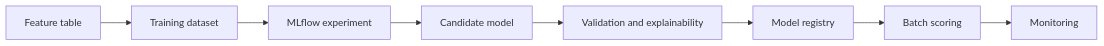
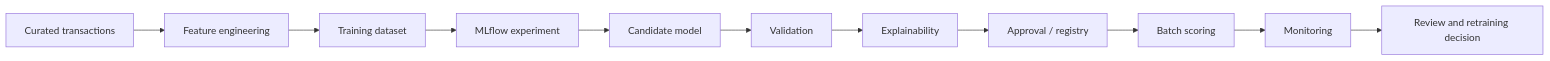
Before and after one commit to tomqwu/aml_learning_for_fintech: the tenth of 11 diagrams in docs/14-tech-stack-reference.md, drawn with Mermaid. The commit also changed other lines of this file and 2 other files, not shown here.

````diff
--- a/docs/14-tech-stack-reference.md
+++ b/docs/14-tech-stack-reference.md
@@ -423,10 +1597,13 @@
 ```mermaid
 flowchart LR
-    A[Feature table] --> B[Training dataset]
-    B --> C[MLflow experiment]
-    C --> D[Candidate model]
-    D --> E[Validation and explainability]
-    E --> F[Model registry]
-    F --> G[Batch scoring]
-    G --> H[Monitoring]
+    A[Curated transactions] --> B[Feature engineering]
+    B --> C[Training dataset]
+    C --> D[MLflow experiment]
+    D --> E[Candidate model]
+    E --> F[Validation]
+    F --> G[Explainability]
+    G --> H[Approval / registry]
+    H --> I[Batch scoring]
+    I --> J[Monitoring]
+    J --> K[Review and retraining decision]
 ```
````
